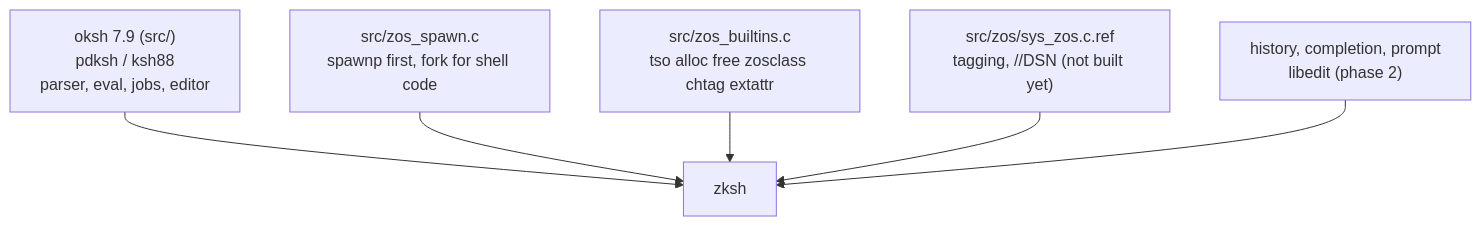
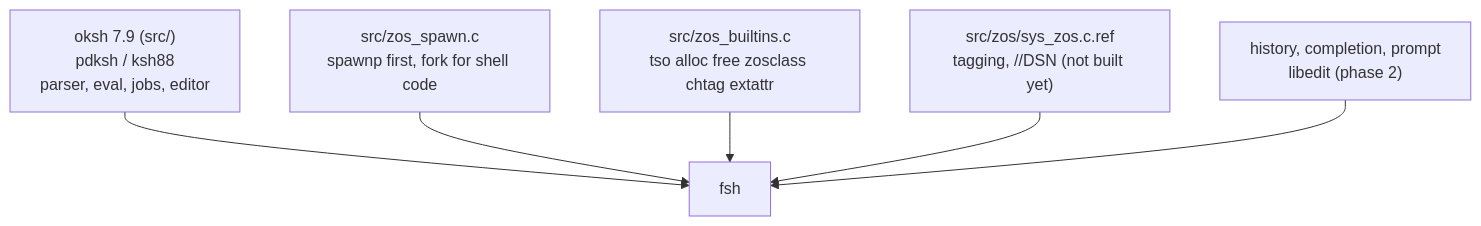
The diagram in docs/README.md (skurtz97/freebsd-userland-zos-port), drawn with Mermaid before and after one commit. The commit also changed other lines of this file and 14 other files, not shown here.

````diff
--- a/docs/README.md
+++ b/docs/README.md
@@ -22,13 +22,13 @@
 ```mermaid
 flowchart TB
     OKSH["oksh 7.9 (src/)<br/>pdksh / ksh88<br/>parser, eval, jobs, editor"]
     SPAWN["src/zos_spawn.c<br/>spawnp first, fork for shell code"]
     ZB["src/zos_builtins.c<br/>tso alloc free zosclass chtag extattr"]
     TAG["src/zos/sys_zos.c.ref<br/>tagging, //DSN (not built yet)"]
     INT["history, completion, prompt<br/>libedit (phase 2)"]
-    OKSH --> ZKSH["zksh"]
-    SPAWN --> ZKSH
-    ZB --> ZKSH
-    TAG --> ZKSH
-    INT --> ZKSH
+    OKSH --> FSH["fsh"]
+    SPAWN --> FSH
+    ZB --> FSH
+    TAG --> FSH
+    INT --> FSH
 ```
````
